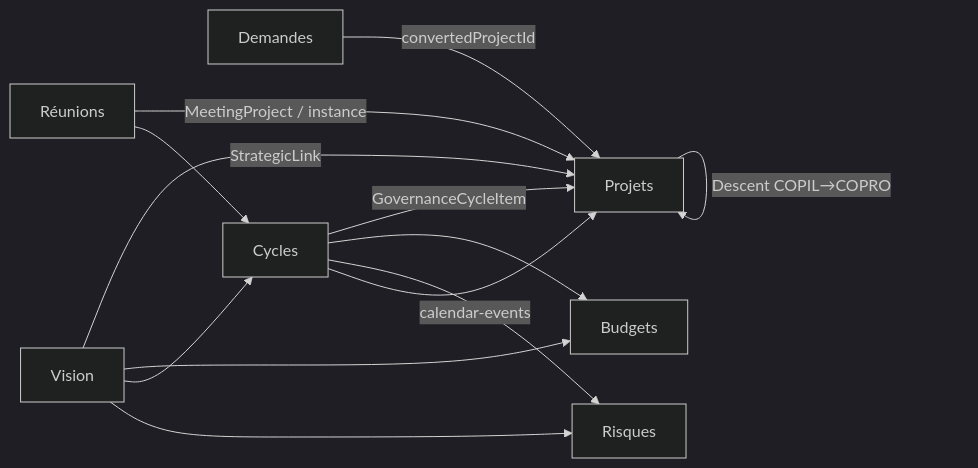
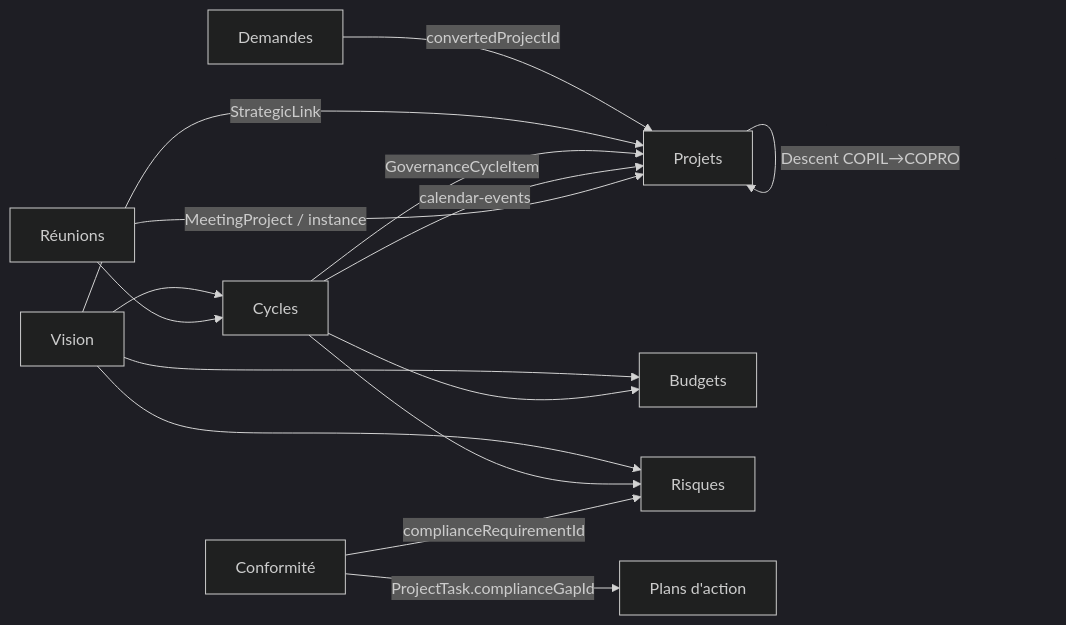
Before and after one commit to StephaneAtlani/starium-Orchestra: the fourth of 4 diagrams in docs/LIAISONS-MODULES.md, drawn with Mermaid (dark theme). The commit also changed other lines of this file and 25 other files, not shown here.

First line of the commit message:
feat(compliance): implement remediation plan linking and task management

````diff
--- a/docs/LIAISONS-MODULES.md
+++ b/docs/LIAISONS-MODULES.md
@@ -110,16 +110,18 @@
 ```mermaid
 flowchart LR
   IN[Demandes] -->|convertedProjectId| PROJ[Projets]
   VIS[Vision] -->|StrategicLink| PROJ
   VIS --> BUD[Budgets]
   VIS --> CYC[Cycles]
   VIS --> RISK[Risques]
   CYC -->|GovernanceCycleItem| PROJ
   CYC --> BUD
   CYC --> RISK
   CYC -->|calendar-events| PROJ
   MEET[Réunions] -->|MeetingProject / instance| PROJ
   MEET --> CYC
   PROJ -->|Escalation COPRO→COPIL| PROJ
   PROJ -->|Descent COPIL→COPRO| PROJ
+  COMP[Conformité] -->|ProjectTask.complianceGapId| PLAN[Plans d'action]
+  COMP -->|complianceRequirementId| RISK
 ```
````
